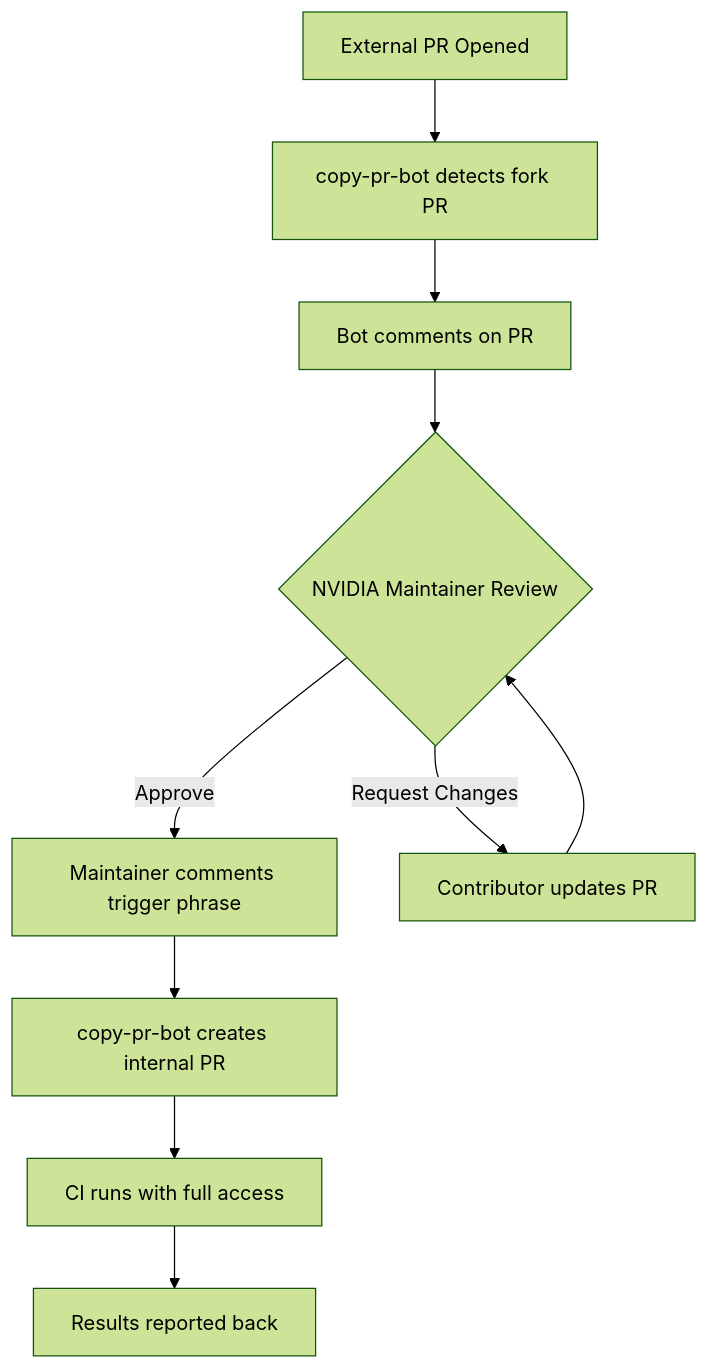
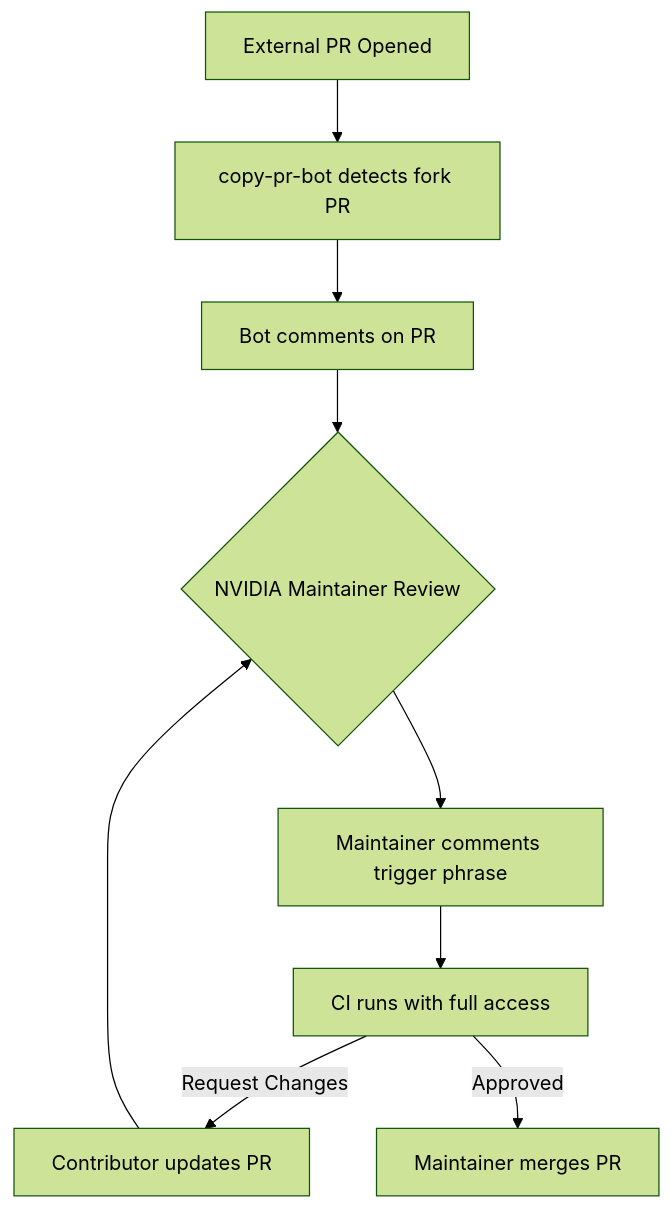
The diagram in .github/TROUBLESHOOTING.md (ai-dynamo/dynamo), drawn with Mermaid (forest theme) before and after one commit. The commit also changed other lines of this file, not shown here.

````diff
--- a/.github/TROUBLESHOOTING.md
+++ b/.github/TROUBLESHOOTING.md
@@ -118,12 +118,11 @@
 ```mermaid
 flowchart TD
     A[External PR Opened] --> B[copy-pr-bot detects fork PR]
     B --> C[Bot comments on PR]
     C --> D{NVIDIA Maintainer Review}
-    D -->|Approve| E[Maintainer comments trigger phrase]
-    E --> F[copy-pr-bot creates internal PR]
-    F --> G[CI runs with full access]
-    G --> H[Results reported back]
-    D -->|Request Changes| I[Contributor updates PR]
+    D --> E[Maintainer comments trigger phrase]
+    E --> G[CI runs with full access]
+    G -->|Request Changes| I[Contributor updates PR]
+    G -->|Approved| J[Maintainer merges PR]
     I --> D
 ```
````
